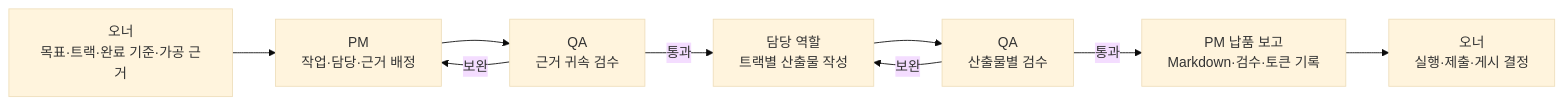
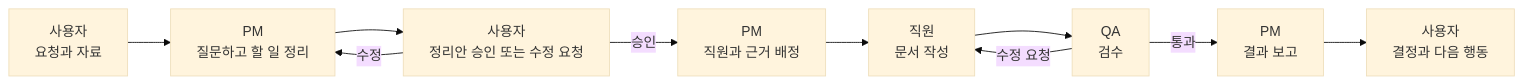
Before and after one commit to uuyeong/AGENT-STUDY: the diagram in docs/DESIGN.md, drawn with Mermaid (base theme). The commit also changed other lines of this file and 107 other files, not shown here.

````diff
--- a/docs/DESIGN.md
+++ b/docs/DESIGN.md
@@ -5,11 +5,12 @@
 ```mermaid
 flowchart LR
-  A["오너<br/>목표·트랙·완료 기준·가공 근거"] --> P["PM<br/>작업·담당·근거 배정"]
-  P --> R["QA<br/>근거 귀속 검수"]
-  R -->|"보완"| P
-  R -->|"통과"| W["담당 역할<br/>트랙별 산출물 작성"]
-  W --> Q["QA<br/>산출물별 검수"]
-  Q -->|"보완"| W
-  Q -->|"통과"| D["PM 납품 보고<br/>Markdown·검수·토큰 기록"]
-  D --> O["오너<br/>실행·제출·게시 결정"]
+  U["사용자<br/>요청과 자료"] --> P1["PM<br/>질문하고 할 일 정리"]
+  P1 --> C["사용자<br/>정리안 승인 또는 수정 요청"]
+  C -->|"수정"| P1
+  C -->|"승인"| P2["PM<br/>직원과 근거 배정"]
+  P2 --> W["직원<br/>문서 작성"]
+  W --> Q["QA<br/>검수"]
+  Q -->|"수정 요청"| W
+  Q -->|"통과"| R["PM<br/>결과 보고"]
+  R --> U2["사용자<br/>결정과 다음 행동"]
 ```
````
